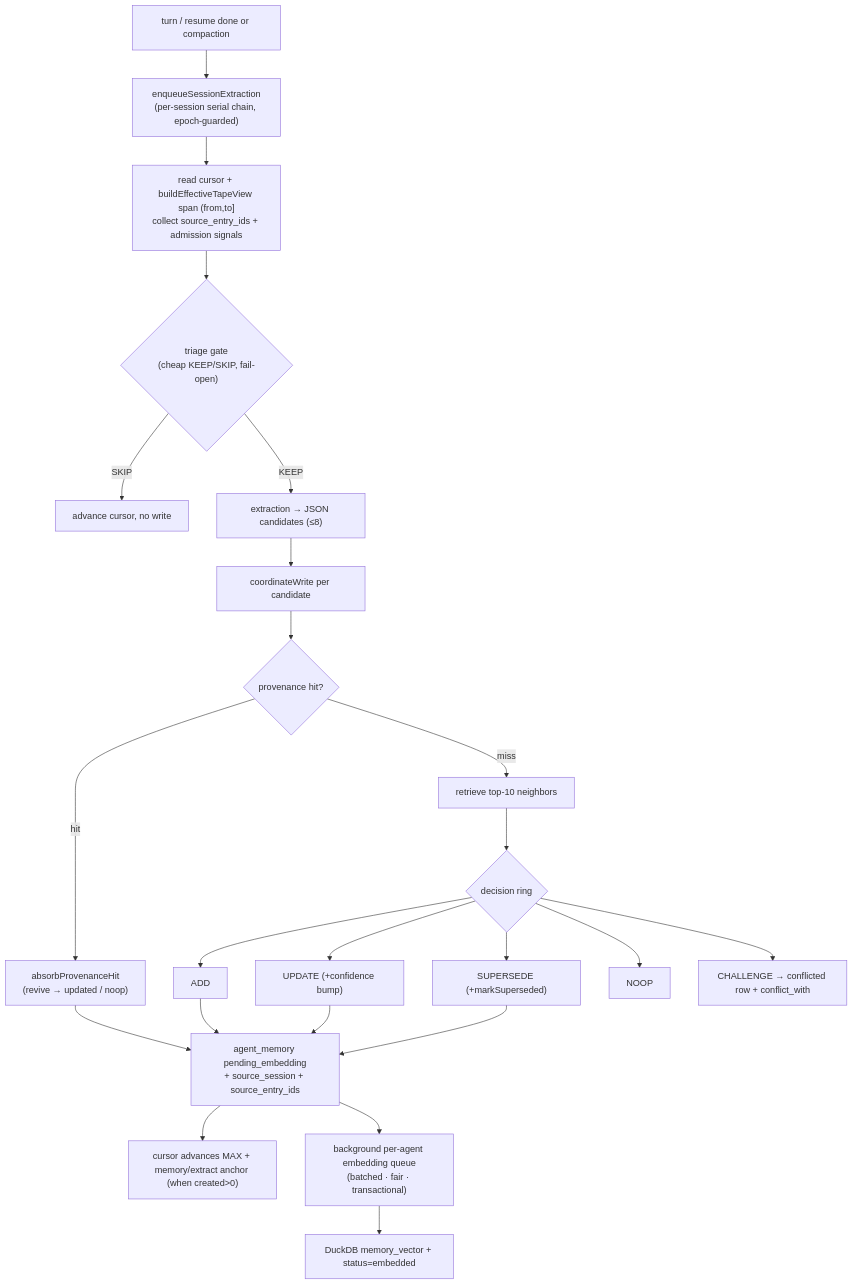
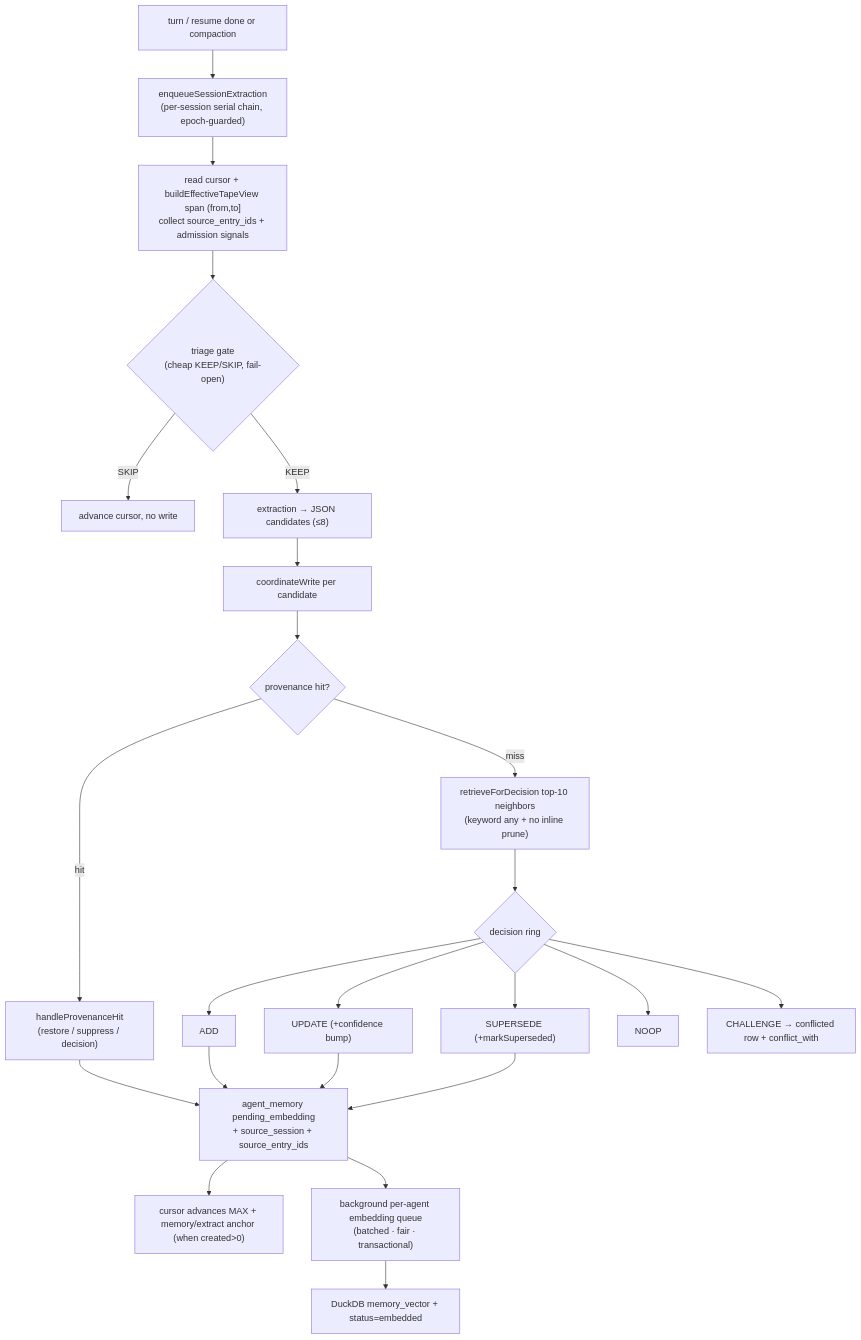
The third of 5 diagrams in docs/architecture/agent-memory-system/spec.md (zerob13/deepchat), drawn with Mermaid before and after one commit. The commit also changed other lines of this file and 51 other files, not shown here.

````diff
--- a/docs/architecture/agent-memory-system/spec.md
+++ b/docs/architecture/agent-memory-system/spec.md
@@ -261,25 +263,25 @@
 ```mermaid
 flowchart TD
   T["turn / resume done or compaction"] --> EQ["enqueueSessionExtraction<br/>(per-session serial chain, epoch-guarded)"]
   EQ --> CUR["read cursor + buildEffectiveTapeView span (from,to]<br/>collect source_entry_ids + admission signals"]
   CUR --> TRI{"triage gate<br/>(cheap KEEP/SKIP, fail-open)"}
   TRI -- SKIP --> ADV0["advance cursor, no write"]
   TRI -- KEEP --> EX["extraction → JSON candidates (≤8)"]
   EX --> CW["coordinateWrite per candidate"]
   CW --> DUP{provenance hit?}
-  DUP -- hit --> REV["absorbProvenanceHit<br/>(revive → updated / noop)"]
-  DUP -- miss --> NB["retrieve top-10 neighbors"]
+  DUP -- hit --> REV["handleProvenanceHit<br/>(restore / suppress / decision)"]
+  DUP -- miss --> NB["retrieveForDecision top-10 neighbors<br/>(keyword any + no inline prune)"]
   NB --> DEC{decision ring}
   DEC --> ADD[ADD]
   DEC --> UPD["UPDATE (+confidence bump)"]
   DEC --> SUP["SUPERSEDE (+markSuperseded)"]
   DEC --> NOOP[NOOP]
   DEC --> CH["CHALLENGE → conflicted row + conflict_with"]
   ADD --> PEND["agent_memory pending_embedding<br/>+ source_session + source_entry_ids"]
   UPD --> PEND
   SUP --> PEND
   REV --> PEND
   PEND --> ADV["cursor advances MAX + memory/extract anchor (when created>0)"]
   PEND --> EMB["background per-agent embedding queue<br/>(batched · fair · transactional)"]
   EMB --> DUCK["DuckDB memory_vector + status=embedded"]
 ```
````
